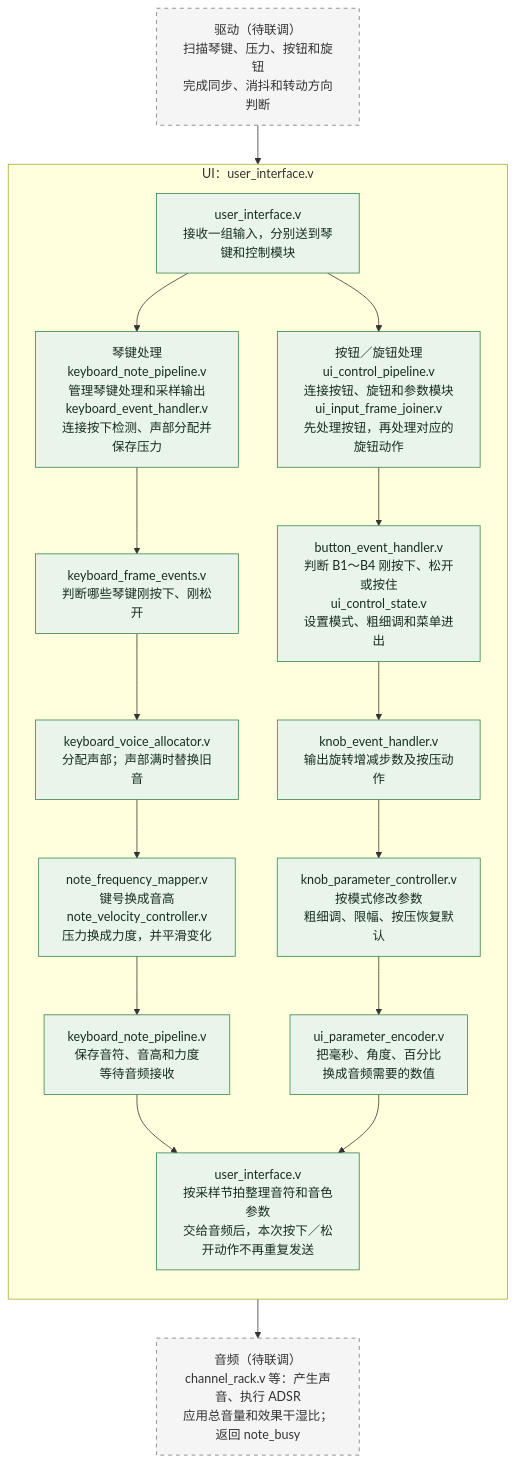
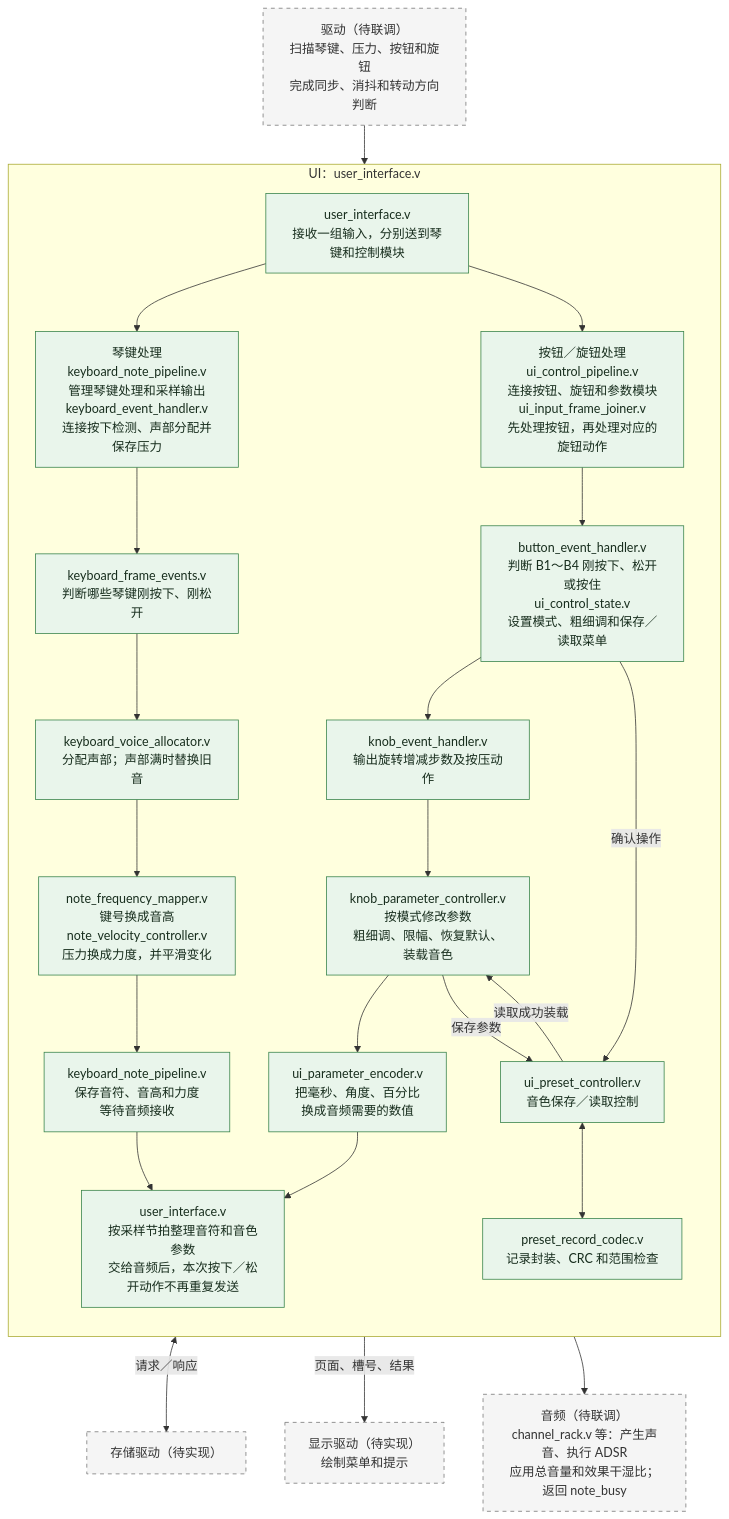
One commit to MaybeThready/MT-EMI changed the first of 2 diagrams in docs/UI模块README.md. Above: the diagram before and after it, drawn with Mermaid. The commit also changed other lines of this file and 23 other files, not shown here.

````diff
--- a/docs/UI模块README.md
+++ b/docs/UI模块README.md
@@ -28,28 +40,36 @@
 ```mermaid
 flowchart TB
     D["驱动（待联调）<br/>扫描琴键、压力、按钮和旋钮<br/>完成同步、消抖和转动方向判断"]
     subgraph UI["UI：user_interface.v"]
         direction TB
         I["user_interface.v<br/>接收一组输入，分别送到琴键和控制模块"]
         K1["琴键处理<br/>keyboard_note_pipeline.v<br/>管理琴键处理和采样输出<br/>keyboard_event_handler.v<br/>连接按下检测、声部分配并保存压力"]
         C1["按钮／旋钮处理<br/>ui_control_pipeline.v<br/>连接按钮、旋钮和参数模块<br/>ui_input_frame_joiner.v<br/>先处理按钮，再处理对应的旋钮动作"]
         K2["keyboard_frame_events.v<br/>判断哪些琴键刚按下、刚松开"]
-        C2["button_event_handler.v<br/>判断 B1～B4 刚按下、松开或按住<br/>ui_control_state.v<br/>设置模式、粗细调和菜单进出"]
+        C2["button_event_handler.v<br/>判断 B1～B4 刚按下、松开或按住<br/>ui_control_state.v<br/>设置模式、粗细调和保存／读取菜单"]
         K3["keyboard_voice_allocator.v<br/>分配声部；声部满时替换旧音"]
         C3["knob_event_handler.v<br/>输出旋转增减步数及按压动作"]
         K4["note_frequency_mapper.v<br/>键号换成音高<br/>note_velocity_controller.v<br/>压力换成力度，并平滑变化"]
-        C4["knob_parameter_controller.v<br/>按模式修改参数<br/>粗细调、限幅、按压恢复默认"]
+        C4["knob_parameter_controller.v<br/>按模式修改参数<br/>粗细调、限幅、恢复默认、装载音色"]
         K5["keyboard_note_pipeline.v<br/>保存音符、音高和力度<br/>等待音频接收"]
         C5["ui_parameter_encoder.v<br/>把毫秒、角度、百分比<br/>换成音频需要的数值"]
         O["user_interface.v<br/>按采样节拍整理音符和音色参数<br/>交给音频后，本次按下／松开动作不再重复发送"]
         I --> K1 & C1
         K1 --> K2 --> K3 --> K4 --> K5 --> O
         C1 --> C2 --> C3 --> C4 --> C5 --> O
+        P["ui_preset_controller.v<br/>音色保存／读取控制"]
+        R["preset_record_codec.v<br/>记录封装、CRC 和范围检查"]
+        C2 -->|确认操作| P
+        C4 -->|保存参数| P
+        P -->|读取成功装载| C4
+        P <--> R
     end
     D --> I
+    P <-->|请求／响应| S["存储驱动（待实现）"]
+    C2 -->|页面、槽号、结果| LCD["显示驱动（待实现）<br/>绘制菜单和提示"]
     O --> A["音频（待联调）<br/>channel_rack.v 等：产生声音、执行 ADSR<br/>应用总音量和效果干湿比；返回 note_busy"]
     classDef done fill:#e9f5eb,stroke:#38834b,color:#172d1d;
     classDef pending fill:#f5f5f5,stroke:#777,stroke-dasharray:5 5,color:#333;
-    class I,K1,K2,K3,K4,K5,C1,C2,C3,C4,C5,O done;
-    class D,A pending;
+    class I,K1,K2,K3,K4,K5,C1,C2,C3,C4,C5,O,P,R done;
+    class D,A,S,LCD pending;
 ```
````
